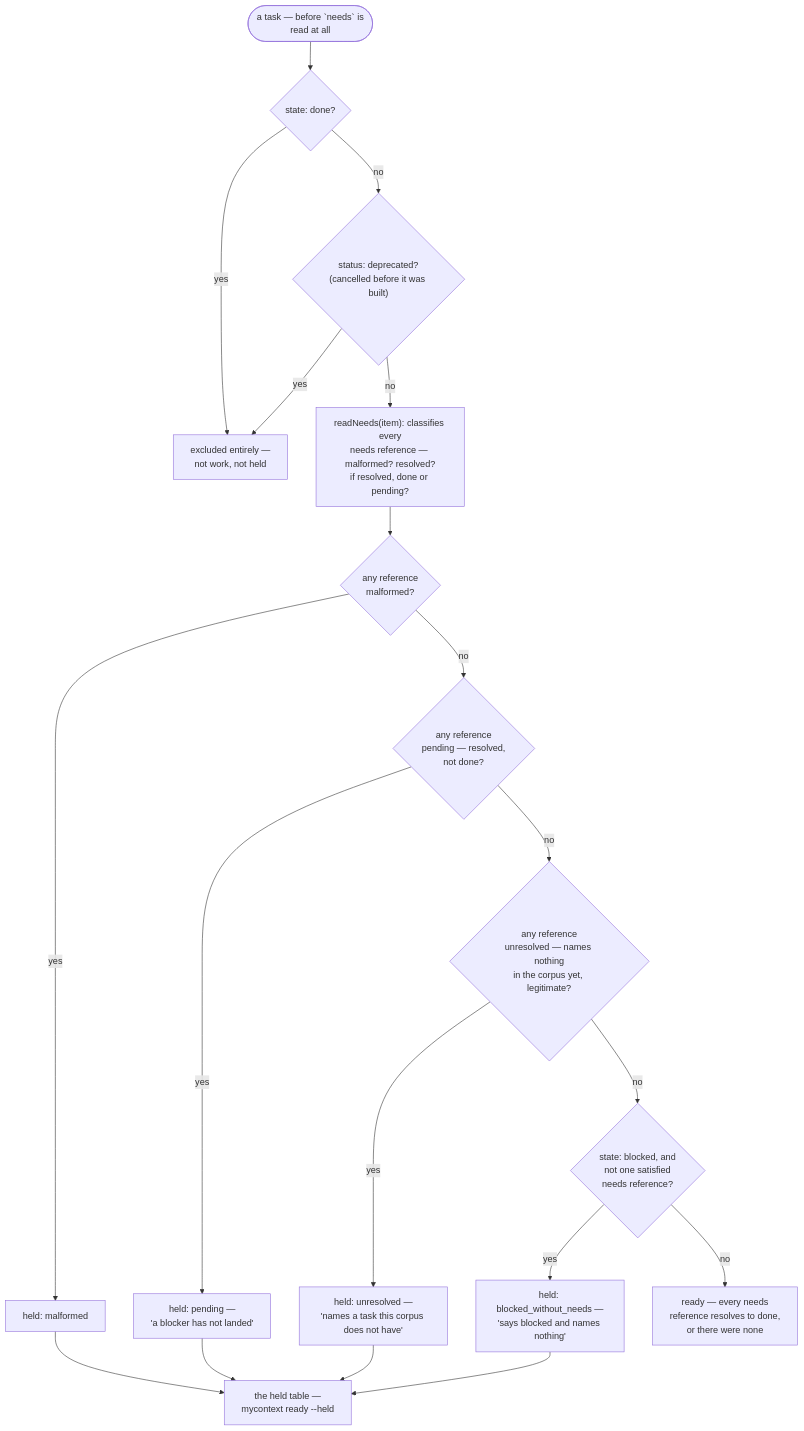
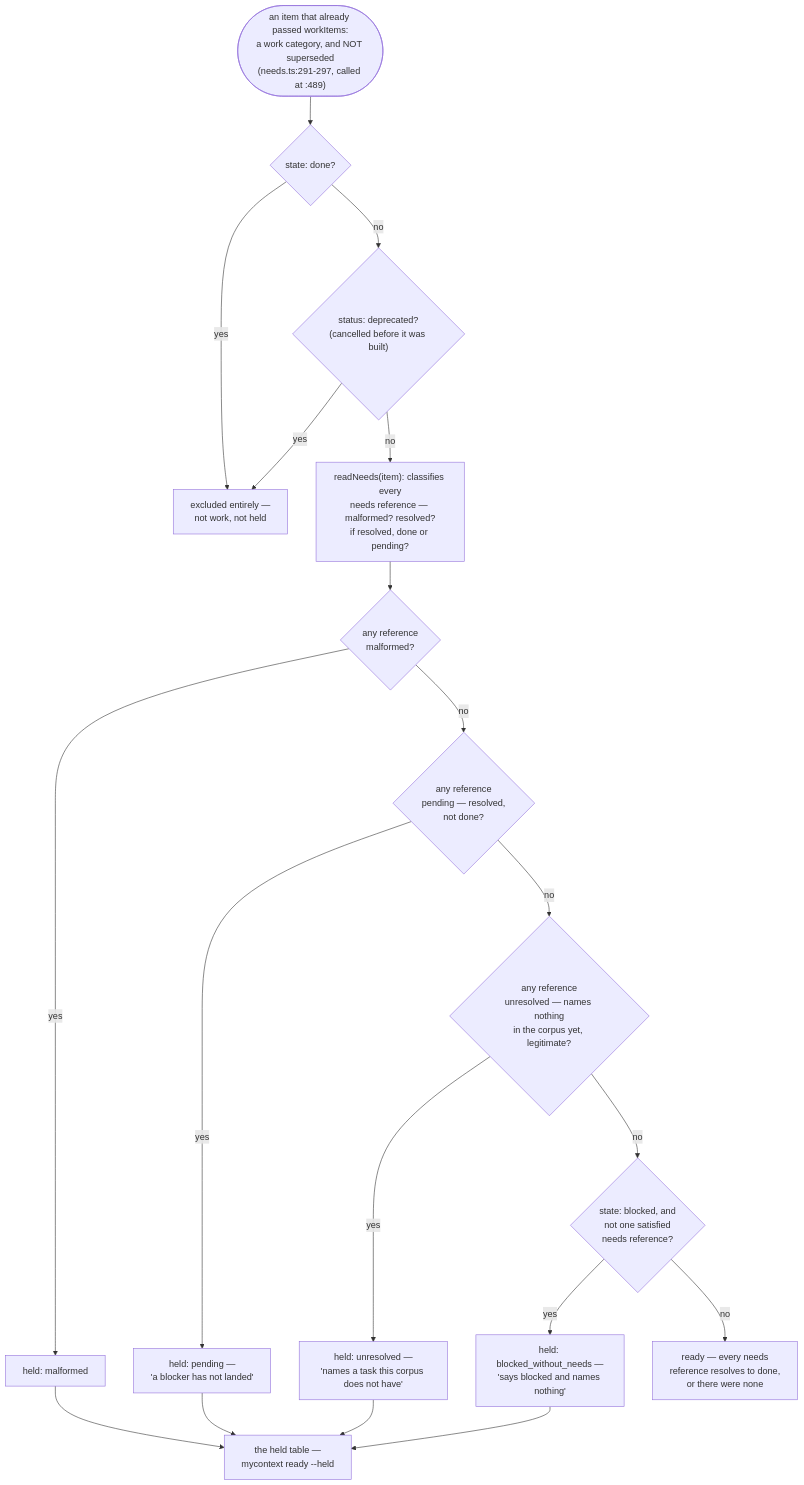
Before and after one commit to Dudi-Bar-On/my-context: the diagram in docs/capabilities/16-the-board.md, drawn with Mermaid. The commit also changed other lines of this file and 35 other files, not shown here.

````diff
--- a/docs/capabilities/16-the-board.md
+++ b/docs/capabilities/16-the-board.md
@@ -63,21 +63,21 @@
 ```mermaid
 flowchart TD
-  START(["a task — before `needs` is<br/>read at all"]) --> DONE{"state: done?"}
+  START(["an item that already passed workItems:<br/>a work category, and NOT superseded<br/>(needs.ts:291-297, called at :489)"]) --> DONE{"state: done?"}
   DONE -->|"yes"| SKIP["excluded entirely —<br/>not work, not held"]
   DONE -->|"no"| DEP{"status: deprecated?<br/>(cancelled before it was built)"}
   DEP -->|"yes"| SKIP
   DEP -->|"no"| READN["readNeeds(item): classifies every<br/>needs reference — malformed? resolved?<br/>if resolved, done or pending?"]
   READN --> M{"any reference<br/>malformed?"}
   M -->|"yes"| H1["held: malformed"]
   M -->|"no"| P{"any reference<br/>pending — resolved,<br/>not done?"}
   P -->|"yes"| H2["held: pending —<br/>'a blocker has not landed'"]
   P -->|"no"| U{"any reference<br/>unresolved — names nothing<br/>in the corpus yet, legitimate?"}
   U -->|"yes"| H3["held: unresolved —<br/>'names a task this corpus does not have'"]
   U -->|"no"| B{"state: blocked, and<br/>not one satisfied<br/>needs reference?"}
   B -->|"yes"| H4["held: blocked_without_needs —<br/>'says blocked and names nothing'"]
   B -->|"no"| READY["ready — every needs<br/>reference resolves to done,<br/>or there were none"]
   H1 --> WAITING["the held table —<br/>mycontext ready --held"]
   H2 --> WAITING
   H3 --> WAITING
   H4 --> WAITING
 ```
````
